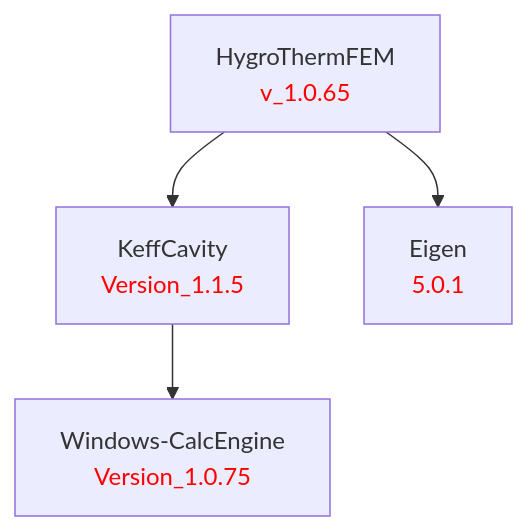
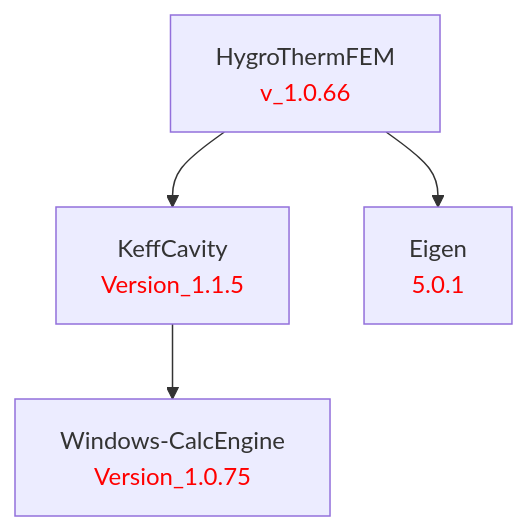
One commit to LBNL-ETA/HygroThermFEM changed the diagram in doc/HygroThermFEM.md. Above: the diagram before and after it, drawn with Mermaid. The commit also changed 1 other file, not shown here.

Commit message:
Bump version to v_1.0.66

````diff
--- a/doc/HygroThermFEM.md
+++ b/doc/HygroThermFEM.md
@@ -1,13 +1,13 @@
 ```mermaid
 graph TD
     %% Package definitions
-    HygroThermFEM[HygroThermFEM<br/><font color='red'>v_1.0.65</font>]
+    HygroThermFEM[HygroThermFEM<br/><font color='red'>v_1.0.66</font>]
     KeffCavity[KeffCavity<br/><font color='red'>Version_1.1.5</font>]
     Eigen[Eigen<br/><font color='red'>5.0.1</font>]
     WindowsCalcEngine[Windows-CalcEngine<br/><font color='red'>Version_1.0.75</font>]
 
     %% Package relations
     HygroThermFEM --> KeffCavity
     HygroThermFEM --> Eigen
     KeffCavity --> WindowsCalcEngine
 ```
````
